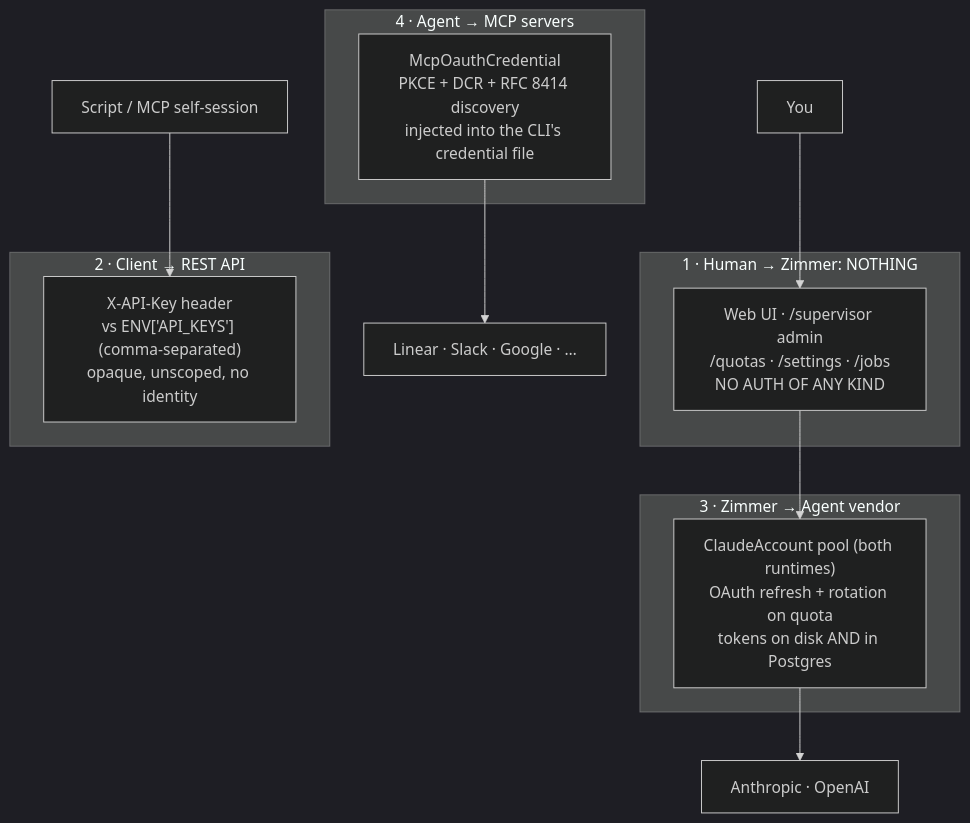
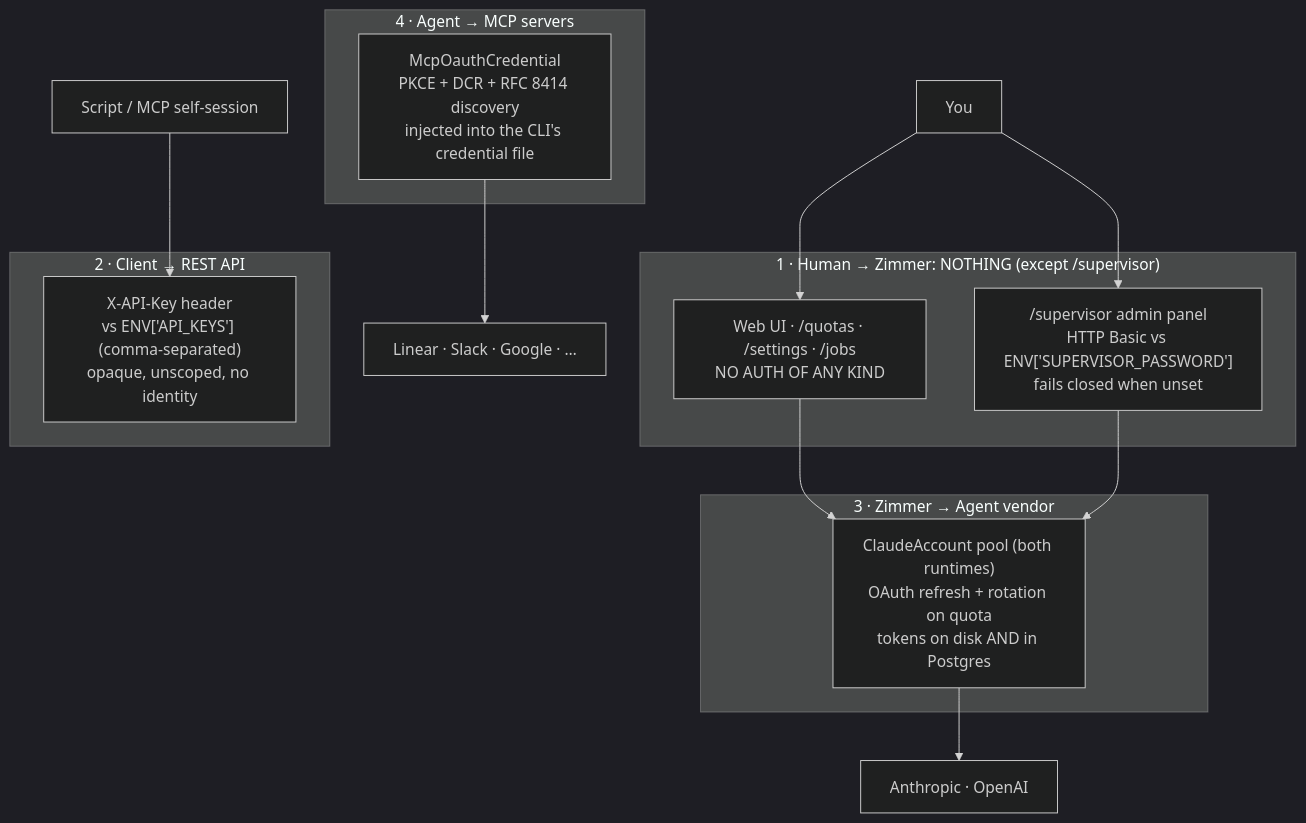
One commit to tadasant/zimmer changed the diagram in docs/src/content/docs/auth/overview.md. Above: the diagram before and after it, drawn with Mermaid (dark theme). The commit also changed other lines of this file and 24 other files, not shown here.

First line of the commit message:
fix(security,config): close five open defaults — supervisor auth, honest authz comments, strict sslmode, per-caller health cooldown, configurable X callback

````diff
--- a/docs/src/content/docs/auth/overview.md
+++ b/docs/src/content/docs/auth/overview.md
@@ -11,21 +11,24 @@
 ```mermaid
 flowchart TB
-    subgraph none["1 · Human → Zimmer: NOTHING"]
-        W["Web UI · /supervisor admin<br/>/quotas · /settings · /jobs<br/>NO AUTH OF ANY KIND"]
+    subgraph none["1 · Human → Zimmer: NOTHING (except /supervisor)"]
+        W["Web UI · /quotas · /settings · /jobs<br/>NO AUTH OF ANY KIND"]
+        SUP["/supervisor admin panel<br/>HTTP Basic vs ENV['SUPERVISOR_PASSWORD']<br/>fails closed when unset"]
     end
     subgraph api["2 · Client → REST API"]
         A["X-API-Key header<br/>vs ENV['API_KEYS'] (comma-separated)<br/>opaque, unscoped, no identity"]
     end
     subgraph harness["3 · Zimmer → Agent vendor"]
         H["ClaudeAccount pool (both runtimes)<br/>OAuth refresh + rotation on quota<br/>tokens on disk AND in Postgres"]
     end
     subgraph mcp["4 · Agent → MCP servers"]
         M["McpOauthCredential<br/>PKCE + DCR + RFC 8414 discovery<br/>injected into the CLI's credential file"]
     end
 
     U["You"] --> W
+    U --> SUP
     C["Script / MCP self-session"] --> A
     W --> H
+    SUP --> H
     H --> V["Anthropic · OpenAI"]
     M --> S["Linear · Slack · Google · …"]
 ```
````
